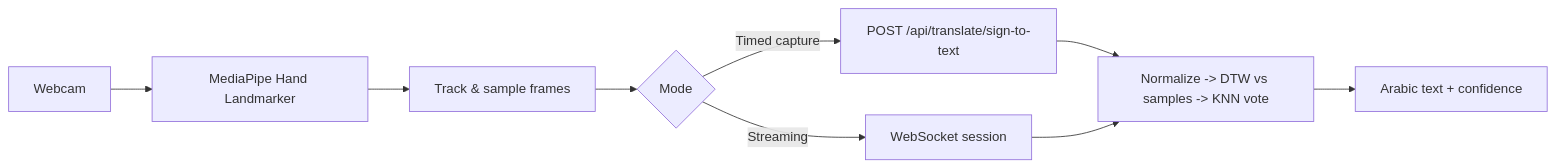
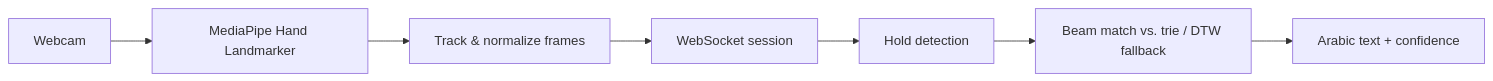
One commit to mnoNoor/Ishara changed the diagram in README.md. Above: the diagram before and after it, drawn with Mermaid. The commit also changed other lines of this file and 10 other files, not shown here.

````diff
--- a/README.md
+++ b/README.md
@@ -18,11 +18,9 @@
 ```mermaid
 flowchart LR
   A[Webcam] --> B[MediaPipe Hand Landmarker]
-  B --> C[Track & sample frames]
-  C --> D{Mode}
-  D -->|Timed capture| E["POST /api/translate/sign-to-text"]
-  D -->|Streaming| F[WebSocket session]
-  E --> G[Normalize -> DTW vs samples -> KNN vote]
-  F --> G
-  G --> H[Arabic text + confidence]
+  B --> C[Track & normalize frames]
+  C --> D[WebSocket session]
+  D --> E[Hold detection]
+  E --> F[Beam match vs. trie / DTW fallback]
+  F --> G[Arabic text + confidence]
 ```
````
